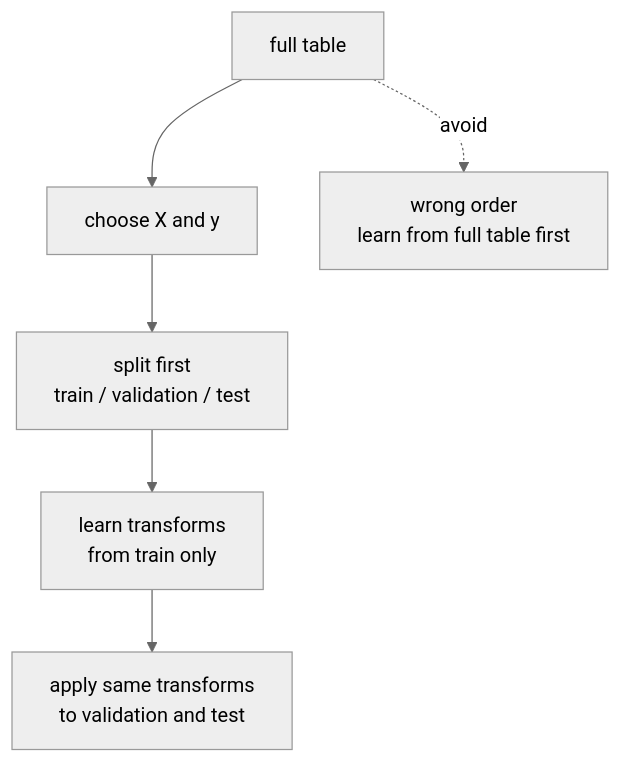
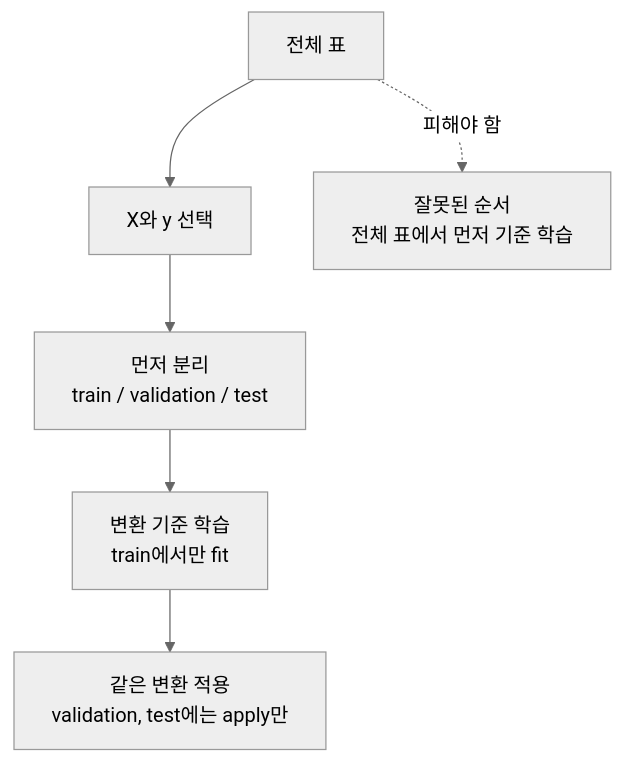
Before and after one commit to devchan64/AiBook: the third of 3 diagrams in docs/parts/part-02/chapter-12/section-03.md, drawn with Mermaid (neutral theme). The commit also changed other lines of this file and 17 other files, not shown here.

Commit message:
docs: localize more part 2 mermaid diagrams

````diff
--- a/docs/parts/part-02/chapter-12/section-03.md
+++ b/docs/parts/part-02/chapter-12/section-03.md
@@ -271,12 +271,12 @@
 ```mermaid
 flowchart TD
-    full["full table"]
-    choose["choose X and y"]
-    split["split first<br/>train / validation / test"]
-    fit_train["learn transforms<br/>from train only"]
-    apply_other["apply same transforms<br/>to validation and test"]
-    bad["wrong order<br/>learn from full table first"]
+    full["전체 표"]
+    choose["X와 y 선택"]
+    split["먼저 분리<br/>train / validation / test"]
+    fit_train["변환 기준 학습<br/>train에서만 fit"]
+    apply_other["같은 변환 적용<br/>validation, test에는 apply만"]
+    bad["잘못된 순서<br/>전체 표에서 먼저 기준 학습"]
 
     full --> choose --> split --> fit_train --> apply_other
-    full -.avoid.-> bad
+    full -.피해야 함.-> bad
 ```
````
